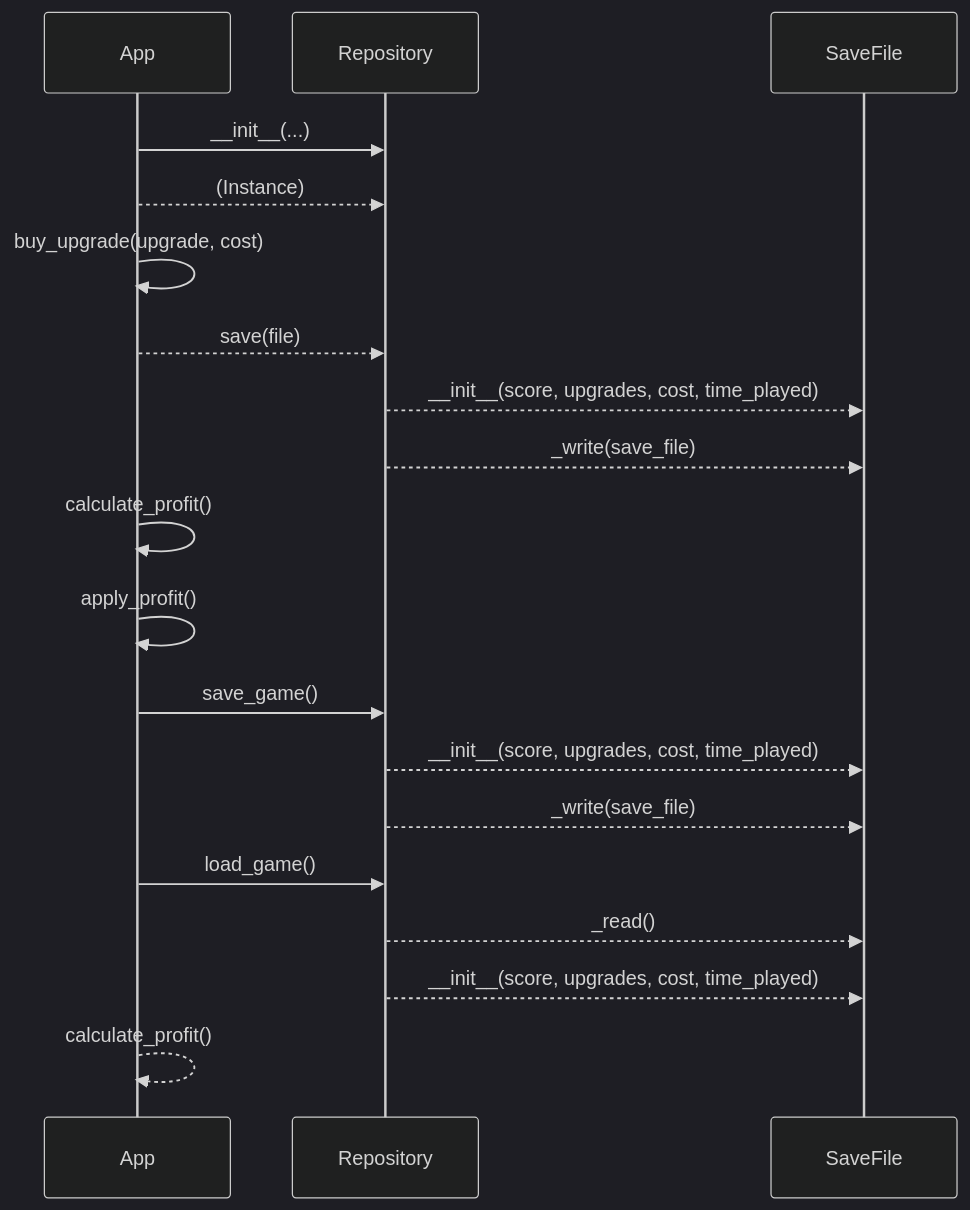
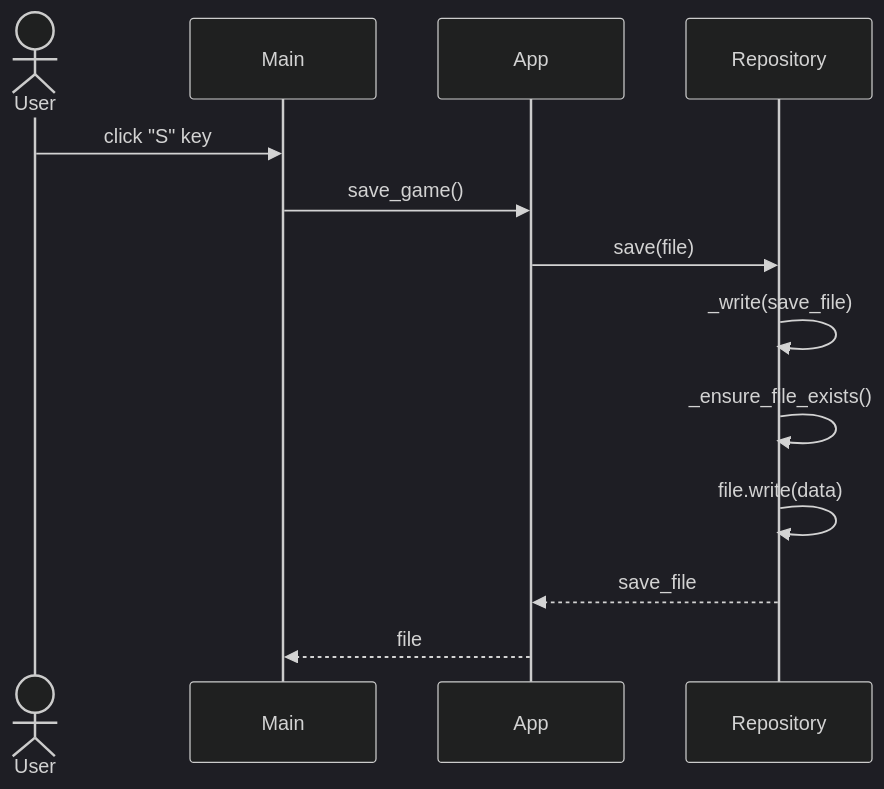
The diagram in dokumentaatio/arkkitehtuuri.md (hcaatu/ot-harjoitustyo), drawn with Mermaid (dark theme) before and after one commit. The commit also changed other lines of this file, not shown here.

````diff
--- a/dokumentaatio/arkkitehtuuri.md
+++ b/dokumentaatio/arkkitehtuuri.md
@@ -8,26 +9,15 @@
 ```mermaid
 sequenceDiagram
+    actor User
+    participant Main
     participant App
     participant Repository
-    participant SaveFile
-
-    App ->> Repository: __init__(...)
-    App -->> Repository: (Instance)
-    
-    App ->> App: buy_upgrade(upgrade, cost)
-    App -->> Repository: save(file)
-    Repository -->> SaveFile: __init__(score, upgrades, cost, time_played)
-    Repository -->> SaveFile: _write(save_file)
-    
-    App ->> App: calculate_profit()
-    App ->> App: apply_profit()
-    
-    App ->> Repository: save_game()
-    Repository -->> SaveFile: __init__(score, upgrades, cost, time_played)
-    Repository -->> SaveFile: _write(save_file)
-    
-    App ->> Repository: load_game()
-    Repository -->> SaveFile: _read()
-    Repository -->> SaveFile: __init__(score, upgrades, cost, time_played)
-    App -->> App: calculate_profit()
+    User->>Main: click "S" key
+    Main->>App: save_game()
+    App->>Repository: save(file)
+    Repository->>Repository: _write(save_file)
+    Repository->>Repository: _ensure_file_exists()
+    Repository->>Repository: file.write(data)
+    Repository-->>App: save_file
+    App-->>Main: file
 ```
````
